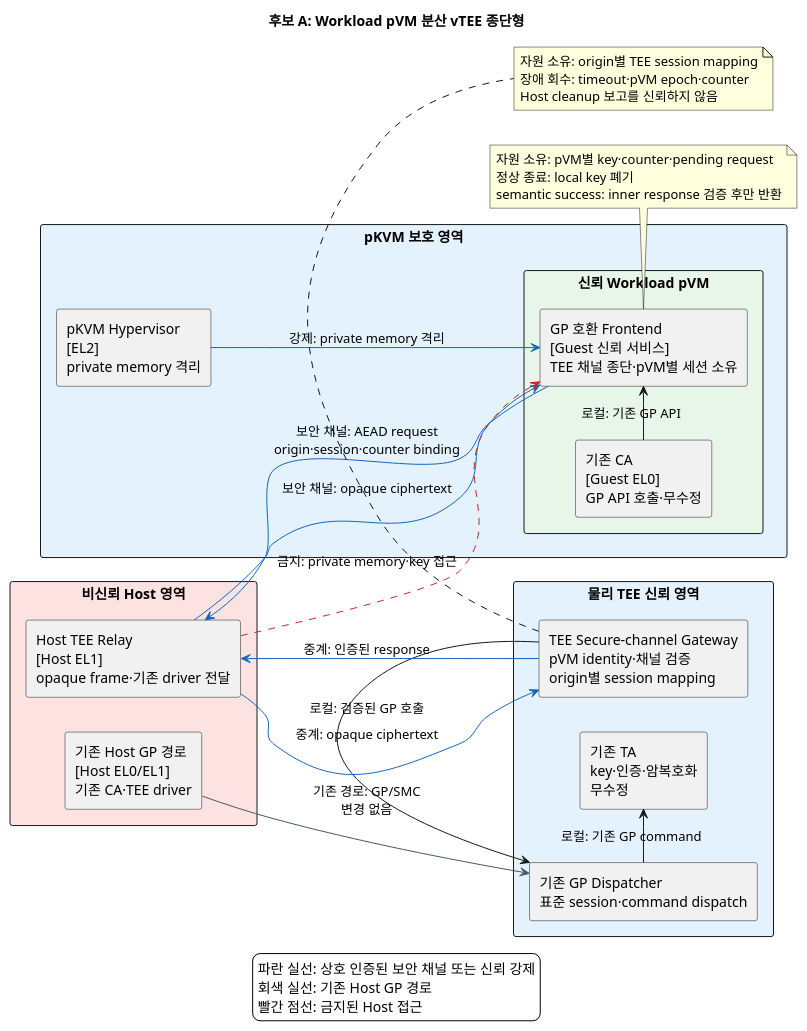
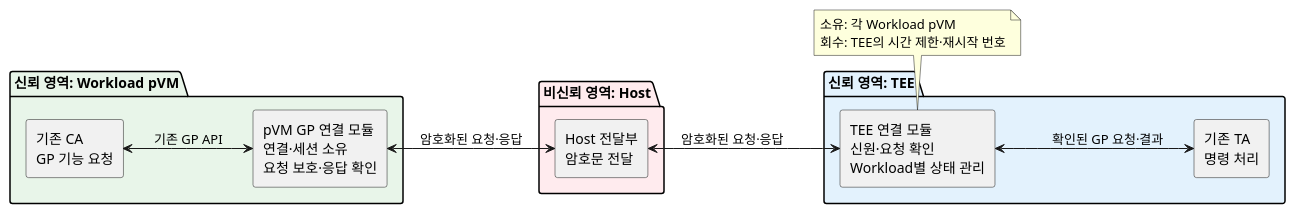
Before and after one commit to boram1288/test-p: the first of 2 diagrams in docs-align/후보구조_문제3_GlobalPlatform_연동.md, drawn with PlantUML. The commit also changed other lines of this file, not shown here.

````diff
--- a/docs-align/후보구조_문제3_GlobalPlatform_연동.md
+++ b/docs-align/후보구조_문제3_GlobalPlatform_연동.md
@@ -114,58 +96,31 @@
 ```plantuml
 @startuml
-title 후보 A: Workload pVM 분산 vTEE 종단형
-
 left to right direction
 skinparam componentStyle rectangle
-skinparam backgroundColor white
-skinparam packageStyle rectangle
+skinparam shadowing false
 
-package "pKVM 보호 영역" #E3F2FD {
-  package "신뢰 Workload pVM" #E8F5E9 {
-    component "기존 CA\n[Guest EL0]\nGP API 호출·무수정" as CA
-    component "GP 호환 Frontend\n[Guest 신뢰 서비스]\nTEE 채널 종단·pVM별 세션 소유" as Frontend
-    CA -right-> Frontend : 로컬: 기존 GP API
-  }
-  component "pKVM Hypervisor\n[EL2]\nprivate memory 격리" as PKVM
+package "신뢰 영역: Workload pVM" #E8F5E9 {
+  component "기존 CA\nGP 기능 요청" as A_CA
+  component "pVM GP 연결 모듈\n연결·세션 소유\n요청 보호·응답 확인" as A_FE
 }
 
-package "비신뢰 Host 영역" #FDE2E2 {
-  component "Host TEE Relay\n[Host EL1]\nopaque frame·기존 driver 전달" as HostRelay
-  component "기존 Host GP 경로\n[Host EL0/EL1]\n기존 CA·TEE driver" as HostGP
+package "비신뢰 영역: Host" #FFEBEE {
+  component "Host 전달부\n암호문 전달" as A_HOST
 }
 
-package "물리 TEE 신뢰 영역" #E3F2FD {
-  component "TEE Secure-channel Gateway\npVM identity·채널 검증\norigin별 session mapping" as Gateway
-  component "기존 GP Dispatcher\n표준 session·command dispatch" as Dispatcher
-  component "기존 TA\nkey·인증·암복호화\n무수정" as TA
-  Gateway -right-> Dispatcher : 로컬: 검증된 GP 호출
-  Dispatcher -right-> TA : 로컬: 기존 GP command
+package "신뢰 영역: TEE" #E3F2FD {
+  component "TEE 연결 모듈\n신원·요청 확인\nWorkload별 상태 관리" as A_GW
+  component "기존 TA\n명령 처리" as A_TA
 }
 
-PKVM -[#1565C0]-> Frontend : 강제: private memory 격리
-Frontend -[#1565C0]-> HostRelay : 보안 채널: AEAD request\norigin·session·counter binding
-HostRelay -[#1565C0]-> Gateway : 중계: opaque ciphertext
-Gateway -[#1565C0]-> HostRelay : 중계: 인증된 response
-HostRelay -[#1565C0]-> Frontend : 보안 채널: opaque ciphertext
-HostGP -[#455A64]-> Dispatcher : 기존 경로: GP/SMC\n변경 없음
-HostRelay -[#C62828,dashed]-> Frontend : 금지: private memory·key 접근
+A_CA <--> A_FE : 기존 GP API
+A_FE <--> A_HOST : 암호화된 요청·응답
+A_HOST <--> A_GW : 암호화된 요청·응답
+A_GW <--> A_TA : 확인된 GP 요청·결과
 
-note bottom of Frontend
-  자원 소유: pVM별 key·counter·pending request
-  정상 종료: local key 폐기
-  semantic success: inner response 검증 후만 반환
+note bottom of A_GW
+소유: 각 Workload pVM
+회수: TEE의 시간 제한·재시작 번호
 end note
-
-note bottom of Gateway
-  자원 소유: origin별 TEE session mapping
-  장애 회수: timeout·pVM epoch·counter
-  Host cleanup 보고를 신뢰하지 않음
-end note
-
-legend bottom
-  파란 실선: 상호 인증된 보안 채널 또는 신뢰 강제
-  회색 실선: 기존 Host GP 경로
-  빨간 점선: 금지된 Host 접근
-endlegend
 @enduml
 ```
````
